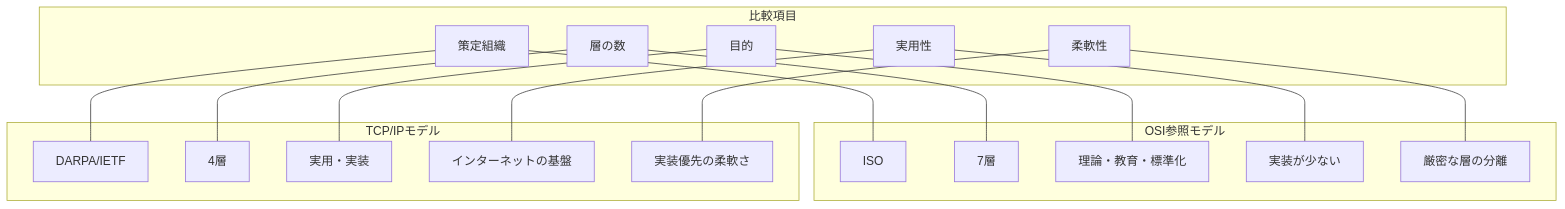
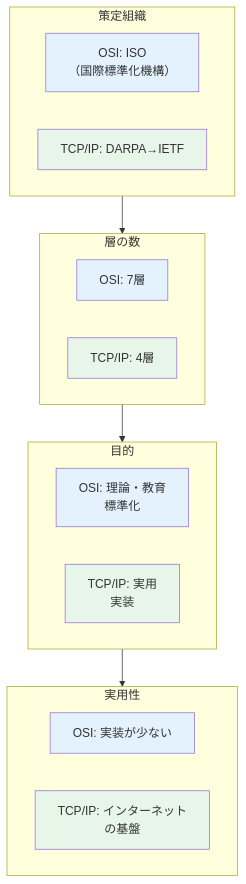
Before and after one commit to ikarigata/nespe_memo: the eighth of 9 diagrams in site/src/content/docs/notes/osi-tcpip-comparison.md, drawn with Mermaid. The commit also changed other lines of this file, not shown here.

First line of the commit message:
Mermaid図をスマホ向けに縦型レイアウトに変更

````diff
--- a/site/src/content/docs/notes/osi-tcpip-comparison.md
+++ b/site/src/content/docs/notes/osi-tcpip-comparison.md
@@ -234,37 +244,33 @@
 ```mermaid
 graph TB
-    subgraph 比較項目
-        C1[策定組織]
-        C2[層の数]
-        C3[目的]
-        C4[実用性]
-        C5[柔軟性]
+    subgraph org["策定組織"]
+        O1["OSI: ISO<br/>（国際標準化機構）"]
+        T1["TCP/IP: DARPA→IETF"]
     end
 
-    subgraph OSI参照モデル
-        O1[ISO]
-        O2[7層]
-        O3[理論・教育・標準化]
-        O4[実装が少ない]
-        O5[厳密な層の分離]
+    subgraph layers["層の数"]
+        O2["OSI: 7層"]
+        T2["TCP/IP: 4層"]
     end
 
-    subgraph TCP/IPモデル
-        T1[DARPA/IETF]
-        T2[4層]
-        T3[実用・実装]
-        T4[インターネットの基盤]
-        T5[実装優先の柔軟さ]
+    subgraph purpose["目的"]
+        O3["OSI: 理論・教育<br/>標準化"]
+        T3["TCP/IP: 実用<br/>実装"]
     end
 
-    C1 --- O1
-    C1 --- T1
-    C2 --- O2
-    C2 --- T2
-    C3 --- O3
-    C3 --- T3
-    C4 --- O4
-    C4 --- T4
-    C5 --- O5
-    C5 --- T5
+    subgraph usage["実用性"]
+        O4["OSI: 実装が少ない"]
+        T4["TCP/IP: インターネット<br/>の基盤"]
+    end
+
+    org --> layers --> purpose --> usage
+
+    style O1 fill:#e3f2fd
+    style O2 fill:#e3f2fd
+    style O3 fill:#e3f2fd
+    style O4 fill:#e3f2fd
+    style T1 fill:#e8f5e9
+    style T2 fill:#e8f5e9
+    style T3 fill:#e8f5e9
+    style T4 fill:#e8f5e9
 ```
````
